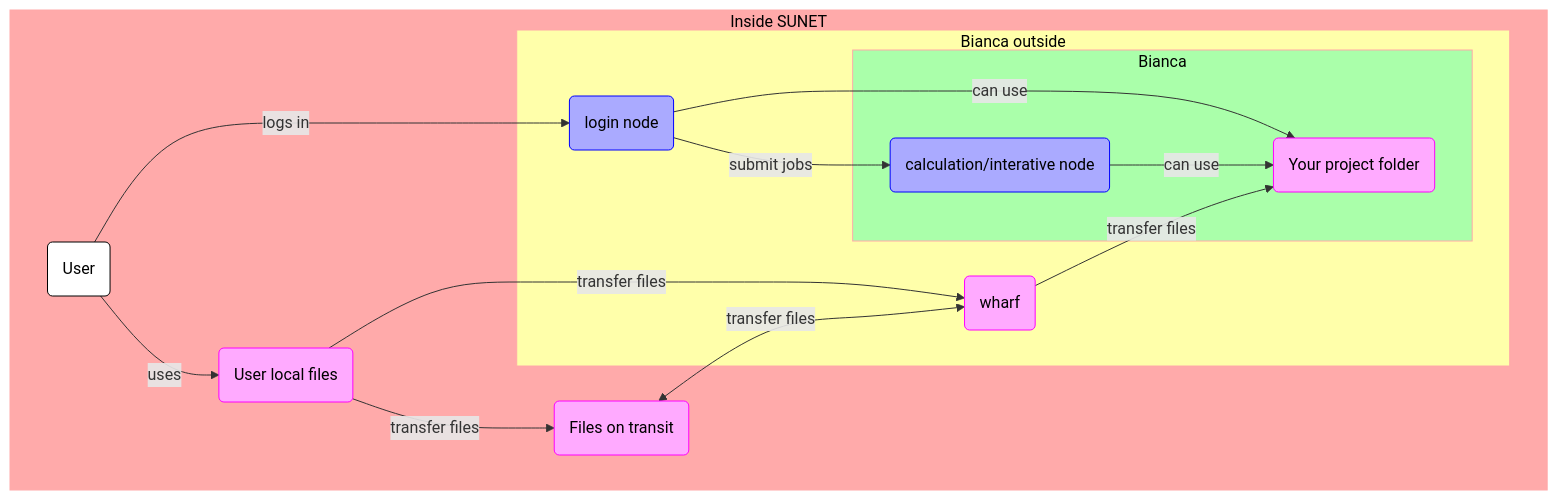
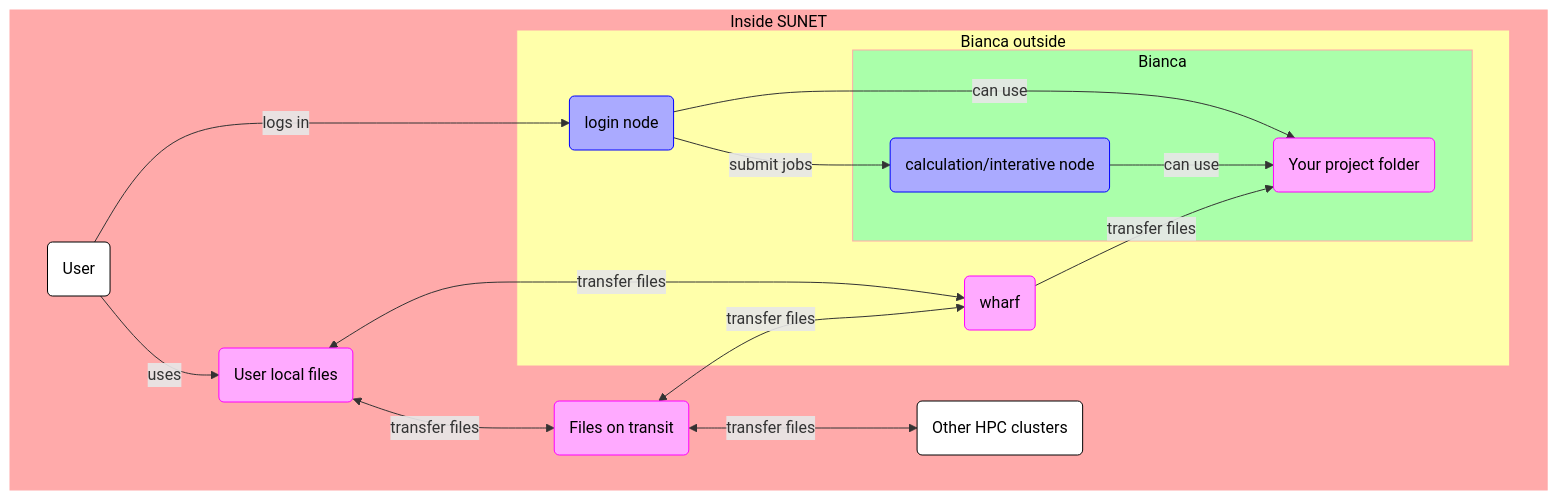
Before and after one commit to UPPMAX/bianca_workshop: the second of 2 diagrams in docs/file_transfer_using_gui.md, drawn with Mermaid. The commit also changed other lines of this file, not shown here.

Commit message:
Show usefulness of transit

````diff
--- a/docs/file_transfer_using_gui.md
+++ b/docs/file_transfer_using_gui.md
@@ -271,37 +271,39 @@
 ```mermaid
 flowchart TD
 
     %% Give a white background to all nodes, instead of a transparent one
     classDef node fill:#fff,color:#000,stroke:#000
 
     %% Graph nodes for files and calculations
     classDef file_node fill:#faf,color:#000,stroke:#f0f
     classDef calculation_node fill:#aaf,color:#000,stroke:#00f
 
     subgraph sunet[Inside SUNET]
       subgraph bianca_outside[Bianca outside]
         login_node(login node):::calculation_node
         wharf(wharf):::file_node
         subgraph bianca_inside[Bianca]
           calculation_node(calculation/interative node):::calculation_node
           your_project_folder(Your project folder):::file_node
         end
       end
       user(User)
       user_local_files(User local files):::file_node
-      transit(Files on transit):::file_node
+      files_on_transit(Files on transit):::file_node
+      other_clusters(Other HPC clusters)
     end
     style bianca_inside fill:#afa,color:#000,stroke:#faa
     style bianca_outside fill:#ffa,color:#000,stroke:#faa
     style sunet fill:#faa,color:#000,stroke:#faa
 
     user --> |logs in |login_node
     user --> |uses| user_local_files
-    user_local_files --> |transfer files|wharf
-    user_local_files --> |transfer files|transit
-    transit <--> |transfer files|wharf
+    user_local_files <--> |transfer files|wharf
+    user_local_files <--> |transfer files|files_on_transit
+    files_on_transit <--> |transfer files|wharf
+    files_on_transit <--> |transfer files|other_clusters
     login_node --> |submit jobs|calculation_node
     login_node --> |can use|your_project_folder
     calculation_node --> |can use|your_project_folder
     wharf --> |transfer files| your_project_folder
 ```
````
